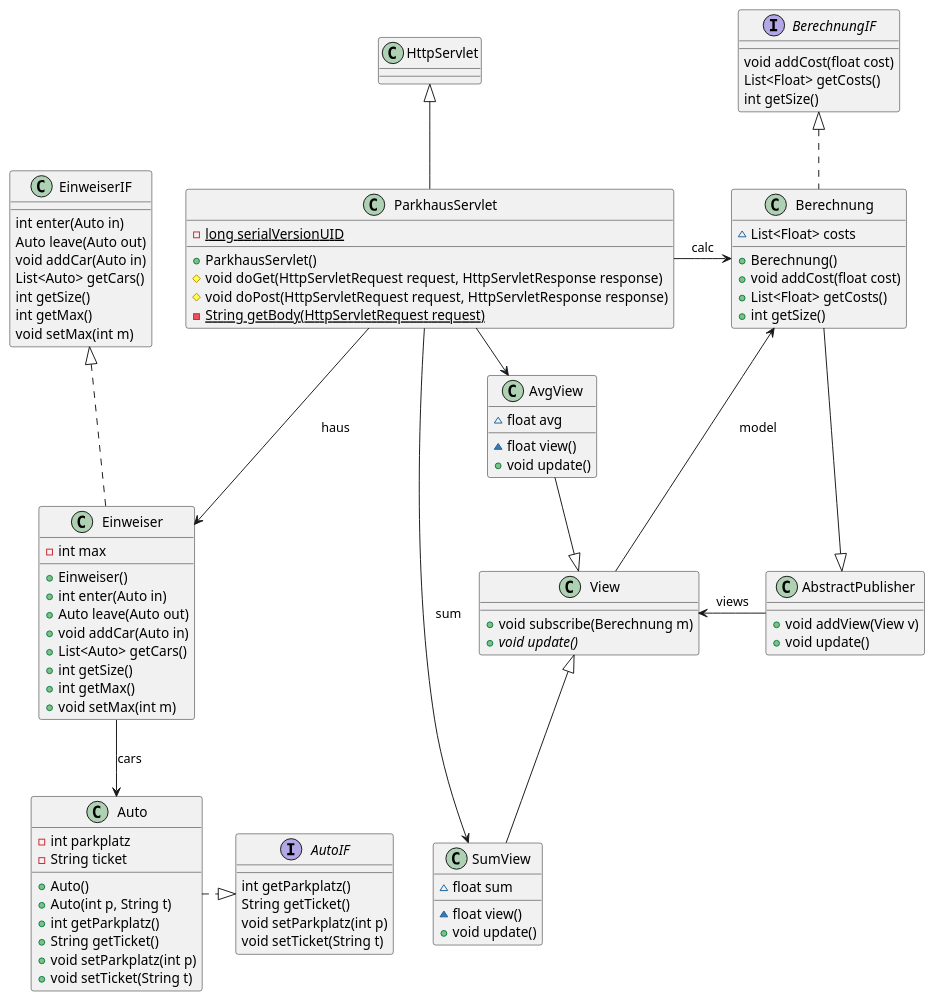
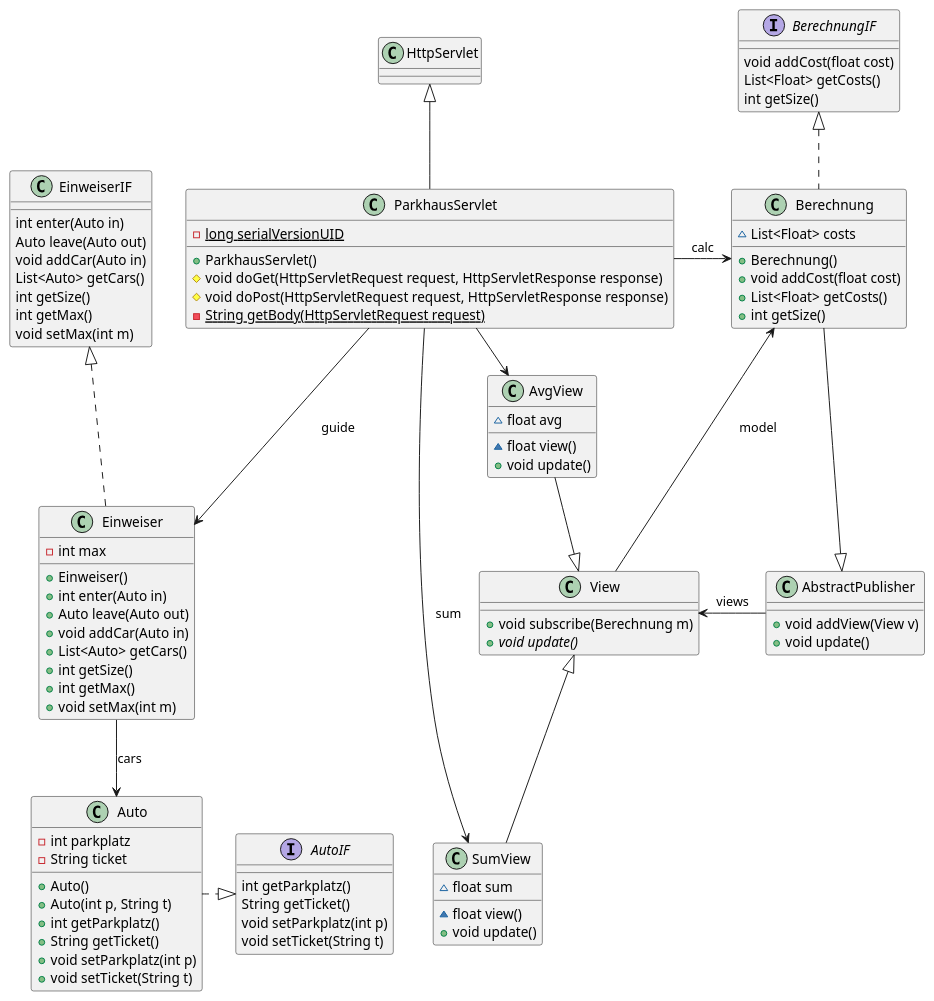
Before and after one commit to MuabDev/SE-Team32: the diagram in WebParkhaus/ClassDiagram.plantuml, drawn with PlantUML. The commit also changed 2 other files, not shown here.

```diff
--- a/WebParkhaus/ClassDiagram.plantuml
+++ b/WebParkhaus/ClassDiagram.plantuml
@@ -1,129 +1,129 @@
 @startuml
 class AvgView [[java:AvgView]] {
 	~float avg
 	~float view()
 	+void update()
 }
 class View [[java:View]] {
 }
 View <|-l- AvgView
 interface EinweiserIF [[java:EinweiserIF]] {
 	int enter(Auto in)
 	Auto leave(Auto out)
 	void addCar(Auto in)
 	List<Auto> getCars()
 	int getSize()
 	int getMax()
 	void setMax(int m)
 }
 
 class Berechnung [[java:Berechnung]] {
 }
 class SumView [[java:SumView]] {
 }
 class AvgView [[java:AvgView]] {
 }
 class ParkhausServlet [[java:ParkhausServlet]] {
 	-{static}long serialVersionUID
 	+ParkhausServlet()
 	#void doGet(HttpServletRequest request, HttpServletResponse response)
 	#void doPost(HttpServletRequest request, HttpServletResponse response)
 	-{static}String getBody(HttpServletRequest request)
 }
 class Berechnung [[java:Berechnung]] {
 }
 ParkhausServlet -r-> Berechnung : calc
 class Einweiser [[java:Einweiser]] {
 }
-ParkhausServlet -->  Einweiser : haus
+ParkhausServlet -->  Einweiser : guide
 class SumView [[java:SumView]] {
 }
 ParkhausServlet -r->  SumView : sum
 class AvgView [[java:AvgView]] {
 }
 ParkhausServlet -r->  AvgView : avg
 class HttpServlet [[java:javax.servlet.http.HttpServlet]] {
 }
 HttpServlet <|-- ParkhausServlet
 abstract class View [[java:View]] {
 	+void subscribe(Berechnung m)
 	+{abstract}void update()
 }
 class Berechnung [[java:Berechnung]] {
 }
 View -u->  Berechnung : model
 class Einweiser [[java:Einweiser]] {
 	-int max
 	+Einweiser()
 	+int enter(Auto in)
 	+Auto leave(Auto out)
 	+void addCar(Auto in)
 	+List<Auto> getCars()
 	+int getSize()
 	+int getMax()
 	+void setMax(int m)
 }
 class Auto [[java:Auto]] {
 }
 Einweiser -->  Auto : cars
 interface EinweiserIF [[java:EinweiserIF]] {
 }
 EinweiserIF <|.. Einweiser
 interface BerechnungIF [[java:BerechnungIF]] {
 	void addCost(float cost)
 	List<Float> getCosts()
 	int getSize()
 }
 class Auto [[java:Auto]] {
 	-int parkplatz
 	-String ticket
 	+Auto()
 	+Auto(int p, String t)
 	+int getParkplatz()
 	+String getTicket()
 	+void setParkplatz(int p)
 	+void setTicket(String t)
 }
 interface AutoIF [[java:AutoIF]] {
 }
 AutoIF <|.l. Auto
 class AbstractPublisher [[java:AbstractPublisher]] {
 	+void addView(View v)
 	+void update()
 }
 class View [[java:View]] {
 }
 AbstractPublisher -l->  View : views
 interface AutoIF [[java:AutoIF]] {
 	int getParkplatz()
 	String getTicket()
 	void setParkplatz(int p)
 	void setTicket(String t)
 }
 class Berechnung [[java:Berechnung]] {
 	~List<Float> costs
 	+Berechnung()
 	+void addCost(float cost)
 	+List<Float> getCosts()
 	+int getSize()
 }
 class AbstractPublisher [[java:AbstractPublisher]] {
 }
 AbstractPublisher <|-u- Berechnung
 interface BerechnungIF [[java:BerechnungIF]] {
 }
 BerechnungIF <|.d. Berechnung
 class SumView [[java:SumView]] {
 	~float sum
 	~float view()
 	+void update()
 }
 class View [[java:View]] {
 }
 View <|-- SumView
 
 class EinweiserIF [[java:EinweiserIF]] {
 }
 
 
 @enduml
```
